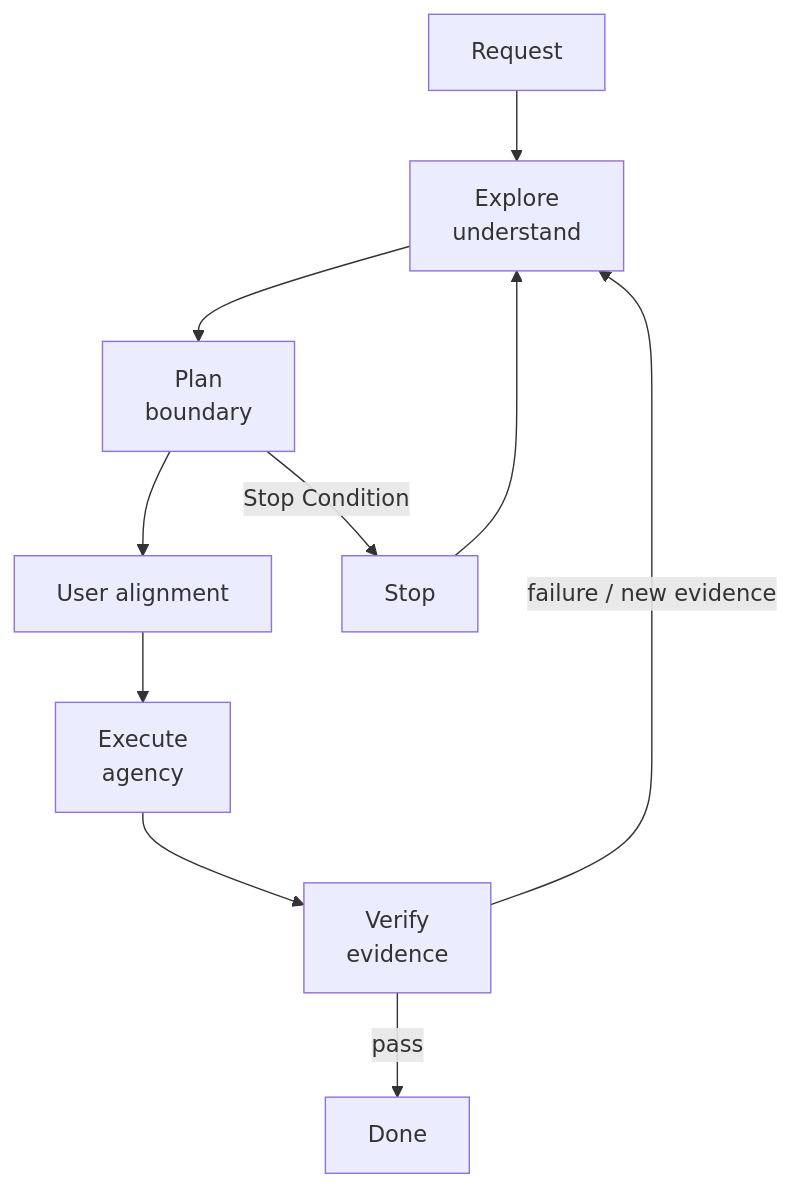
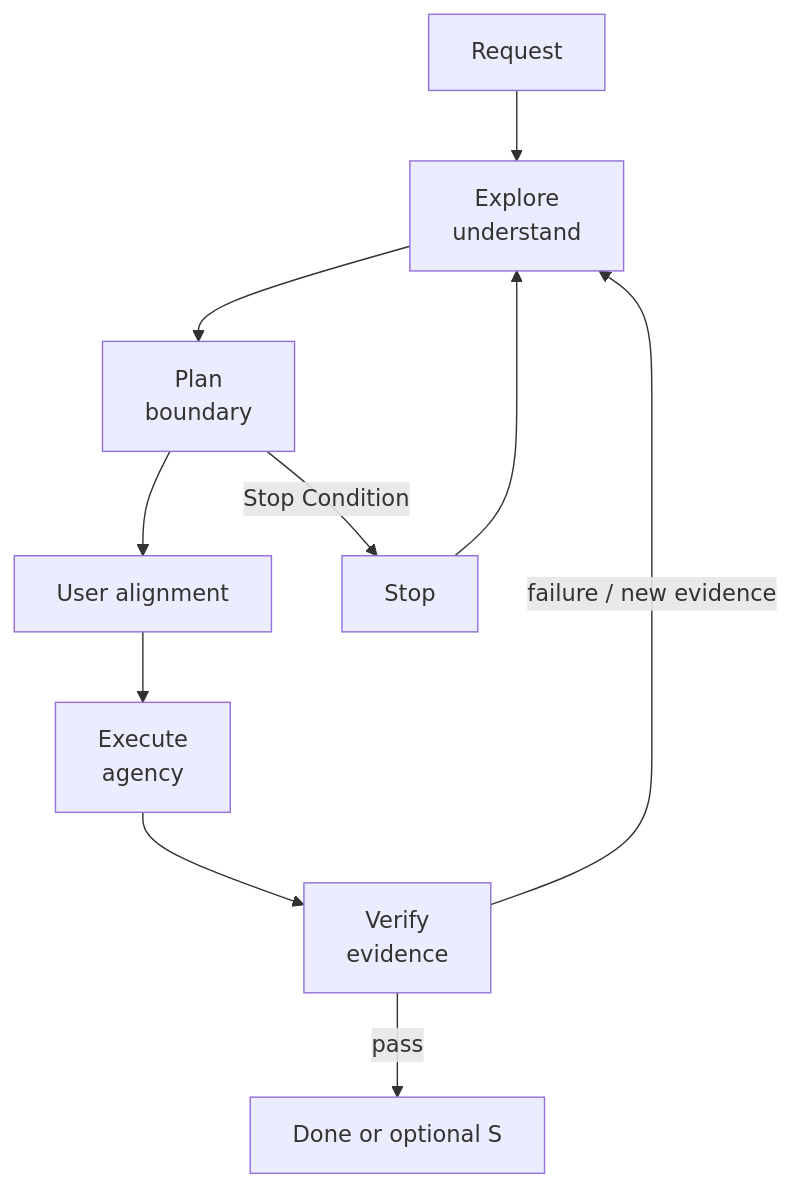
The second of 9 diagrams in docs/workflows/engineering-task-loop/README.md (cnxutu/tu-engineering-workbench), drawn with Mermaid before and after one commit. The commit also changed other lines of this file and 13 other files, not shown here.

````diff
--- a/docs/workflows/engineering-task-loop/README.md
+++ b/docs/workflows/engineering-task-loop/README.md
@@ -132,12 +154,12 @@
 ```mermaid
 flowchart TD
     R[Request] --> E[Explore<br/>understand]
     E --> P[Plan<br/>boundary]
     P --> A[User alignment]
     A --> X[Execute<br/>agency]
     X --> V[Verify<br/>evidence]
-    V -->|pass| D[Done]
+    V -->|pass| D[Done or optional S]
     V -->|failure / new evidence| E
     P -->|Stop Condition| S[Stop]
     S --> E
 ```
````
